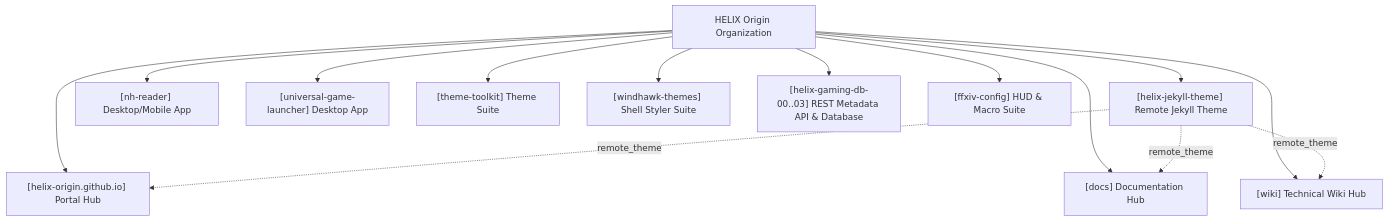
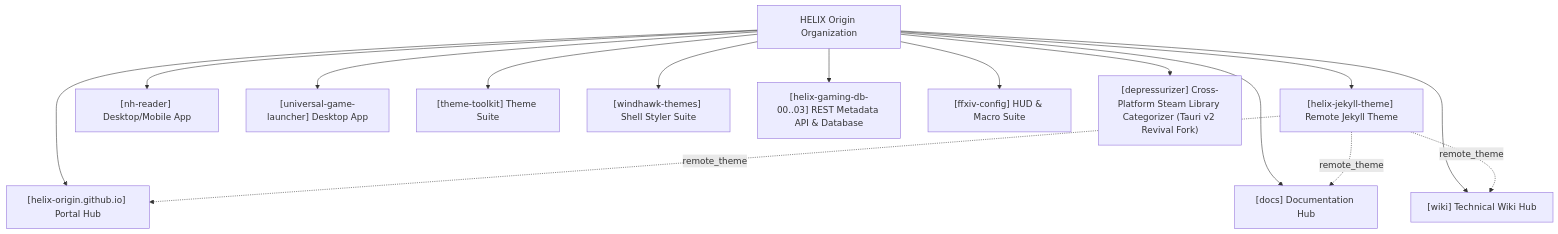
The first of 3 diagrams in ROADMAP.md (HELIX-Origin/agents), drawn with Mermaid before and after one commit. The commit also changed other lines of this file and 81 other files, not shown here.

````diff
--- a/ROADMAP.md
+++ b/ROADMAP.md
@@ -23,17 +23,18 @@
 ```mermaid
 flowchart TB
     Org[HELIX Origin Organization] --> DocsTheme["[helix-jekyll-theme] Remote Jekyll Theme"]
     Org --> Portal["[helix-origin.github.io] Portal Hub"]
     Org --> DocsHub["[docs] Documentation Hub"]
     Org --> WikiHub["[wiki] Technical Wiki Hub"]
     Org --> DesktopApp["[nh-reader] Desktop/Mobile App"]
     Org --> UniversalLauncher["[universal-game-launcher] Desktop App"]
     Org --> ThemeToolkit["[theme-toolkit] Theme Suite"]
     Org --> ShellMods["[windhawk-themes] Shell Styler Suite"]
     Org --> GamingDB["[helix-gaming-db-00..03] REST Metadata API & Database"]
     Org --> FFXIVConfig["[ffxiv-config] HUD & Macro Suite"]
+    Org --> Depressurizer["[depressurizer] Cross-Platform Steam Library Categorizer (Tauri v2 Revival Fork)"]
 
     DocsTheme -.->|remote_theme| Portal
     DocsTheme -.->|remote_theme| DocsHub
     DocsTheme -.->|remote_theme| WikiHub
 ```
````
